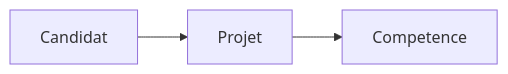
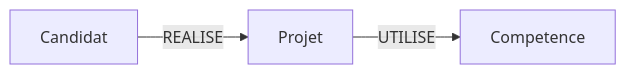
The second of 2 diagrams in ARCHITECTURE.md (Angy-JORDs/2026-2027-rouen-portfolio-les-apprentis), drawn with Mermaid before and after one commit. The commit also changed other lines of this file and 3 other files, not shown here.

First line of the commit message:
docs: ARCHITECTURE.md et API_ROUTES.md à jour (modèle réel, requêtes exactes, déploiement, liens)

````diff
--- a/ARCHITECTURE.md
+++ b/ARCHITECTURE.md
@@ -160,5 +160,4 @@
 ```mermaid
 graph LR
-    %% $T$O$D$O : vos nœuds et relations orientées, ex. (Candidat)-[:A_REALISE]->(Projet)-[:UTILISE]->(Competence)-[:APPARTIENT_A]->(Domaine)
-    A[Candidat] --> B[Projet] --> C[Competence]
+    A[Candidat] -->|REALISE| B[Projet] -->|UTILISE| C[Competence]
 ```
````
